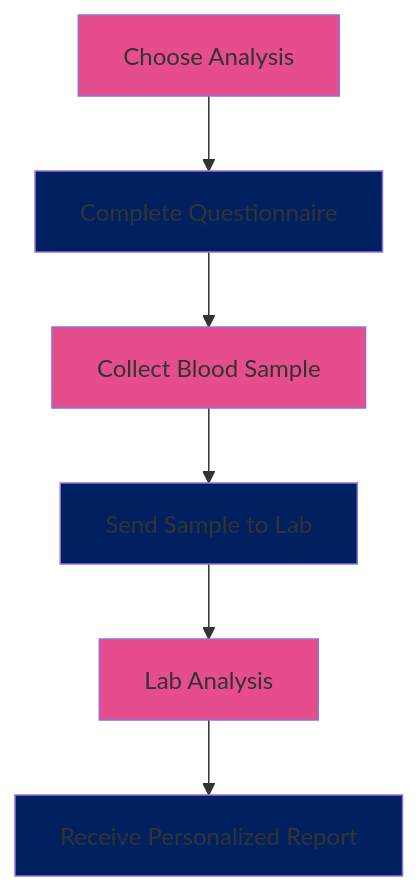
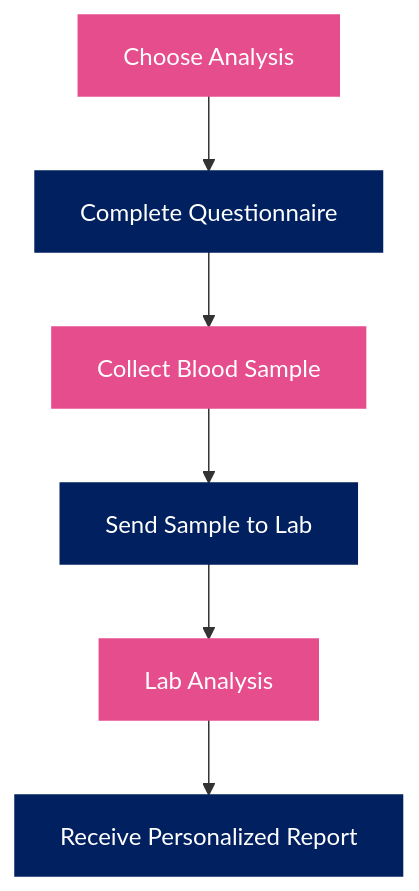
The diagram in profile/README.md (healthbiocare/.github), drawn with Mermaid before and after one commit. The commit also changed other lines of this file, not shown here.

````diff
--- a/profile/README.md
+++ b/profile/README.md
@@ -22,14 +22,14 @@
 ```mermaid
 graph TD;
   A[Choose Analysis] --> B[Complete Questionnaire];
   B --> C[Collect Blood Sample];
   C --> D[Send Sample to Lab];
   D --> E[Lab Analysis];
   E --> F[Receive Personalized Report];
-  style A fill:#e54d8d;
-  style B fill:#002060;
-  style C fill:#e54d8d;
-  style D fill:#002060;
-  style E fill:#e54d8d;
-  style F fill:#002060;
+
+  classDef pink fill:#e54d8d,color:#fff,stroke:#e54d8d;
+  classDef navy fill:#002060,color:#fff,stroke:#002060;
+
+  class A,C,E pink;
+  class B,D,F navy;
 ```
````
